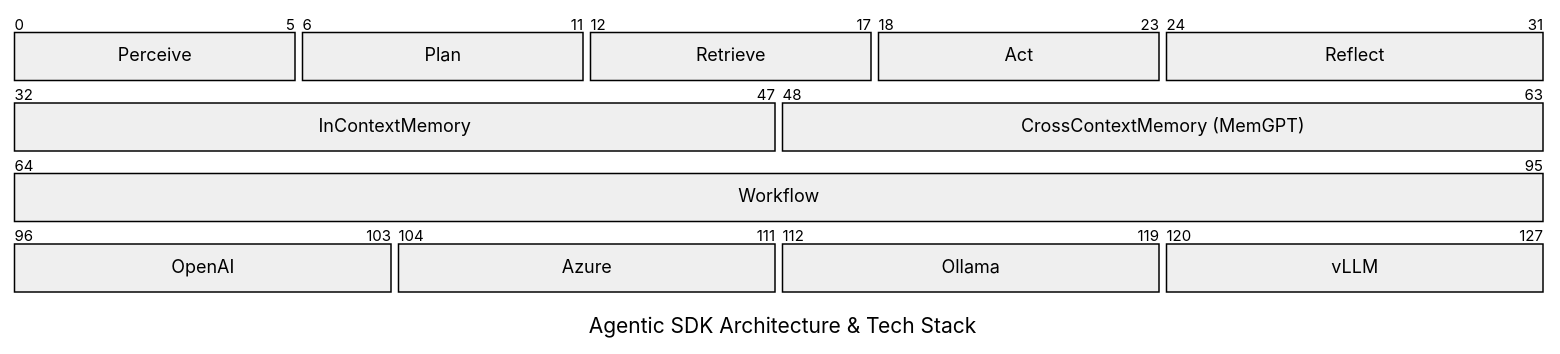
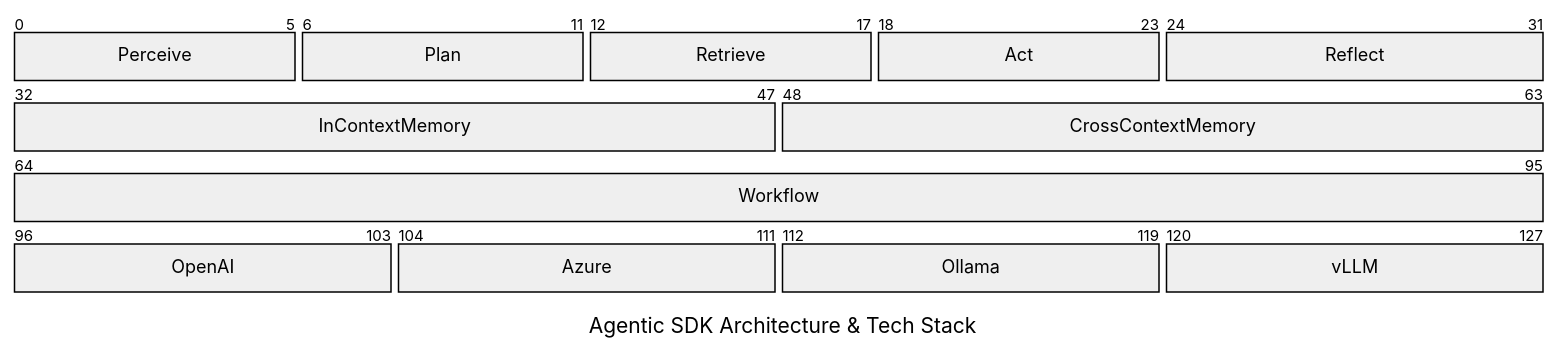
Before and after one commit to MarkovChenITRI/.github: the first of 2 diagrams in profile/README.md, drawn with Mermaid.

````diff
--- a/profile/README.md
+++ b/profile/README.md
@@ -17,18 +17,18 @@
 ```mermaid
 ---
 title: Agentic SDK Architecture & Tech Stack
 ---
 packet
 0-5: "Perceive"
 6-11: "Plan"
 12-17: "Retrieve"
 18-23: "Act"
 24-31: "Reflect"
 32-47: "InContextMemory"
-48-63: "CrossContextMemory (MemGPT)"
+48-63: "CrossContextMemory"
 64-95: "Workflow"
 96-103: "OpenAI"
 104-111: "Azure"
 112-119: "Ollama"
 120-127: "vLLM"
 ```
````
